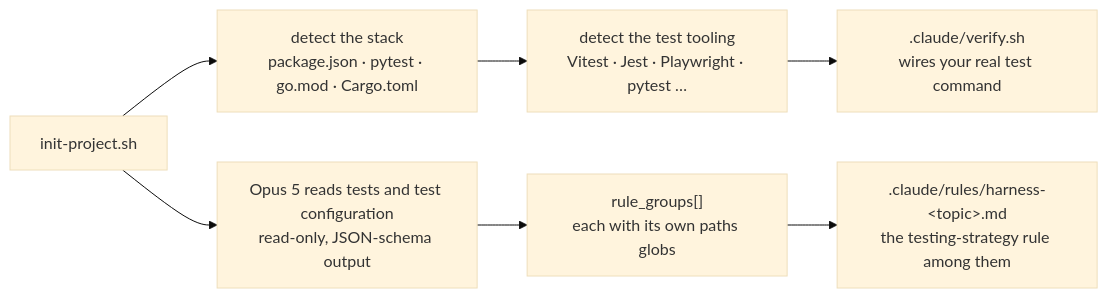
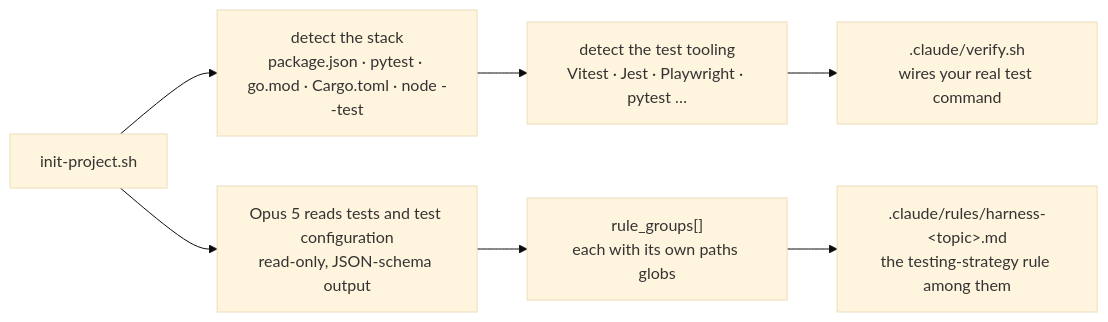
The third of 4 diagrams in README.md (anegri93/claude-engineering-harness), drawn with Mermaid (base theme) before and after one commit. The commit also changed other lines of this file and 23 other files, not shown here.

````diff
--- a/README.md
+++ b/README.md
@@ -344,9 +344,9 @@
 ```mermaid
 flowchart LR
-    A["init-project.sh"] --> B["detect the stack<br/>package.json · pytest · go.mod · Cargo.toml"]
+    A["init-project.sh"] --> B["detect the stack<br/>package.json · pytest · go.mod · Cargo.toml · node --test"]
     B --> C["detect the test tooling<br/>Vitest · Jest · Playwright · pytest …"]
     A --> D["Opus 5 reads tests and test configuration<br/>read-only, JSON-schema output"]
     D --> E["rule_groups[]<br/>each with its own paths globs"]
     E --> F[".claude/rules/harness-&lt;topic&gt;.md<br/>the testing-strategy rule among them"]
     C --> G[".claude/verify.sh<br/>wires your real test command"]
 ```
````
